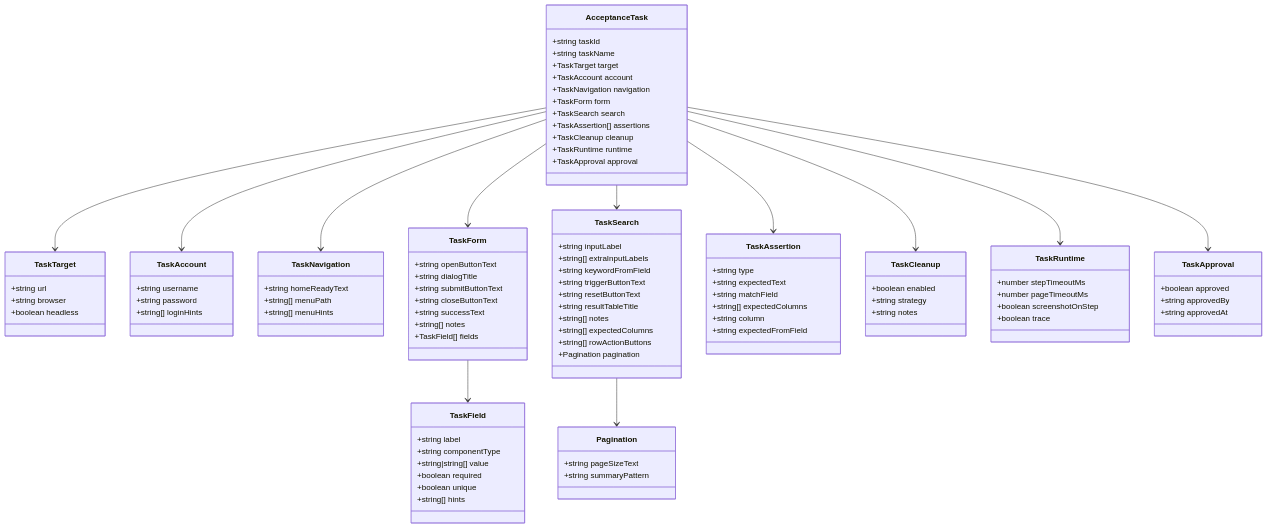
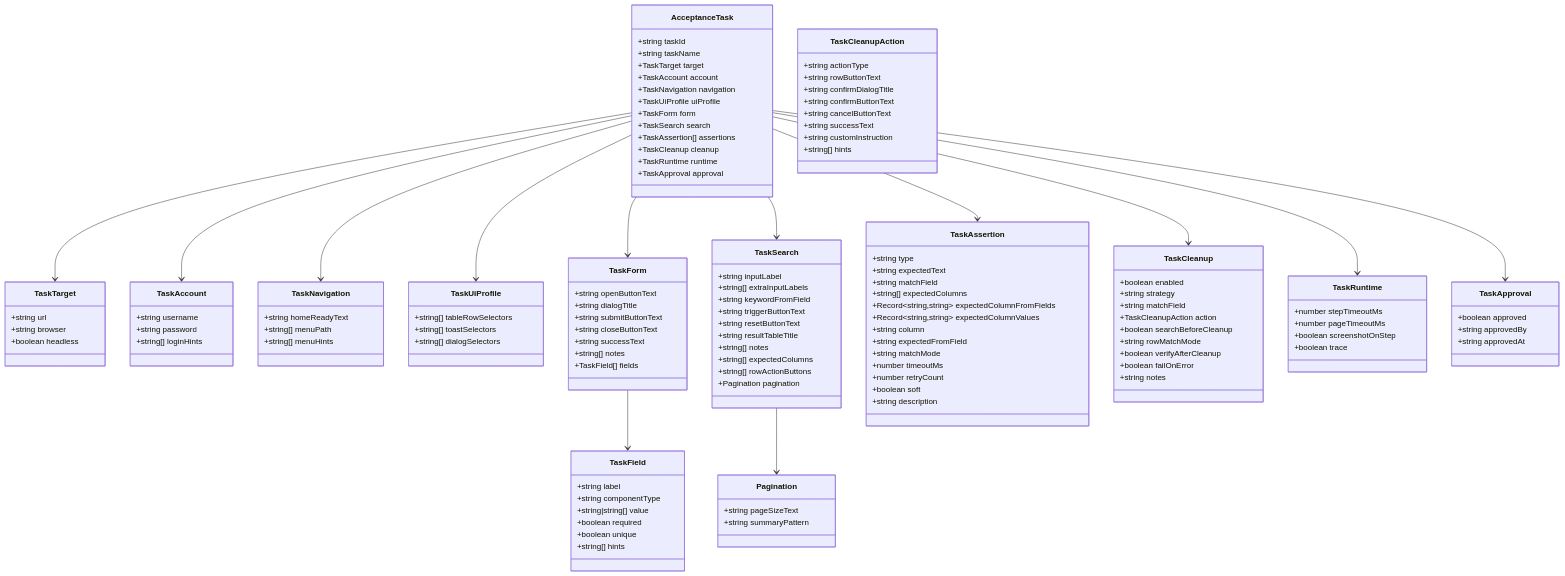
Before and after one commit to Jiane-EJ/playwright-mind: the third of 4 diagrams in .qoder/repowiki/zh/content/任务系统/任务模型定义.md, drawn with Mermaid. The commit also changed other lines of this file and 5 other files, not shown here.

```diff
--- a/.qoder/repowiki/zh/content/任务系统/任务模型定义.md
+++ b/.qoder/repowiki/zh/content/任务系统/任务模型定义.md
@@ -207,6 +234,7 @@
 +TaskTarget target
 +TaskAccount account
 +TaskNavigation navigation
++TaskUiProfile uiProfile
 +TaskForm form
 +TaskSearch search
 +TaskAssertion[] assertions
@@ -228,6 +256,11 @@
 +string homeReadyText
 +string[] menuPath
 +string[] menuHints
+}
+class TaskUiProfile {
++string[] tableRowSelectors
++string[] toastSelectors
++string[] dialogSelectors
 }
 class TaskField {
 +string label
@@ -267,12 +300,35 @@
 +string expectedText
 +string matchField
 +string[] expectedColumns
++Record~string,string~ expectedColumnFromFields
++Record~string,string~ expectedColumnValues
 +string column
 +string expectedFromField
++string matchMode
++number timeoutMs
++number retryCount
++boolean soft
++string description
+}
+class TaskCleanupAction {
++string actionType
++string rowButtonText
++string confirmDialogTitle
++string confirmButtonText
++string cancelButtonText
++string successText
++string customInstruction
++string[] hints
 }
 class TaskCleanup {
 +boolean enabled
 +string strategy
++string matchField
++TaskCleanupAction action
++boolean searchBeforeCleanup
++string rowMatchMode
++boolean verifyAfterCleanup
++boolean failOnError
 +string notes
 }
 class TaskRuntime {
@@ -289,6 +345,7 @@
 AcceptanceTask --> TaskTarget
 AcceptanceTask --> TaskAccount
 AcceptanceTask --> TaskNavigation
+AcceptanceTask --> TaskUiProfile
 AcceptanceTask --> TaskForm
 AcceptanceTask --> TaskSearch
 AcceptanceTask --> TaskAssertion
```
